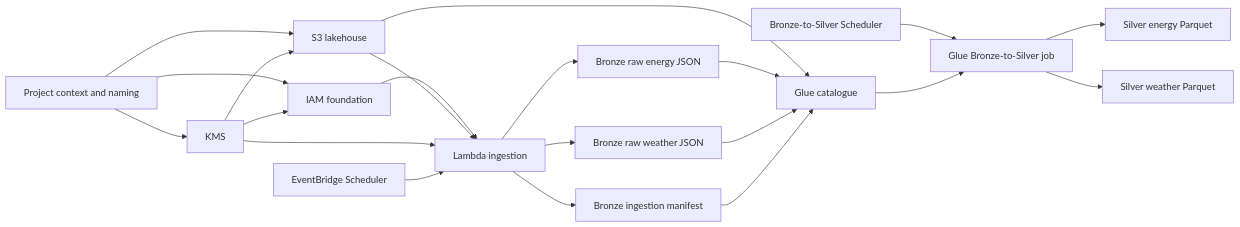
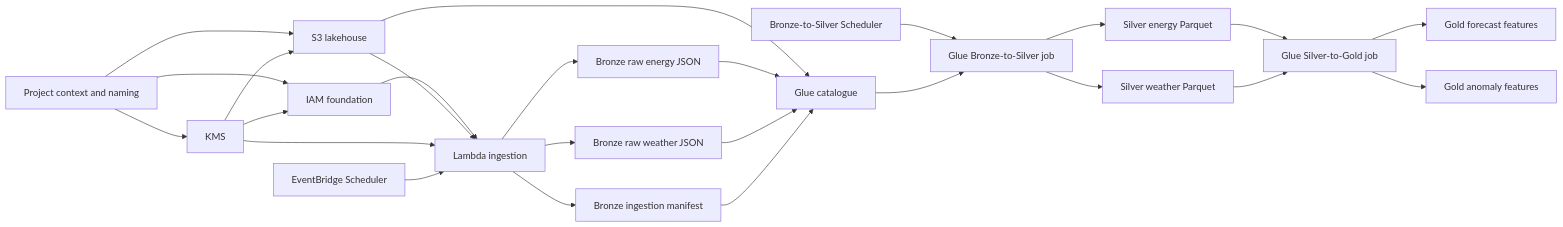
The first of 3 diagrams in README.md (Ch3rry-Pi3-AWS/AWS-MLOps-EnergyForecasting-AnomalyDetection), drawn with Mermaid before and after one commit. The commit also changed other lines of this file and 10 other files, not shown here.

Commit message:
Add Glue Silver-to-Gold feature engineering job

````diff
--- a/README.md
+++ b/README.md
@@ -102,23 +112,27 @@
 ```mermaid
 flowchart LR
     A[Project context and naming] --> B[KMS]
     A --> C[S3 lakehouse]
     A --> D[IAM foundation]
     B --> C
     B --> D
     D --> E[Lambda ingestion]
     C --> E
     B --> E
     F[EventBridge Scheduler] --> E
     E --> G[Bronze raw energy JSON]
     E --> H[Bronze raw weather JSON]
     E --> I[Bronze ingestion manifest]
     C --> J[Glue catalogue]
     G --> J
     H --> J
     I --> J
     N[Bronze-to-Silver Scheduler] --> K
     J --> K[Glue Bronze-to-Silver job]
     K --> L[Silver energy Parquet]
     K --> M[Silver weather Parquet]
+    L --> O[Glue Silver-to-Gold job]
+    M --> O
+    O --> P[Gold forecast features]
+    O --> Q[Gold anomaly features]
 ```
````
